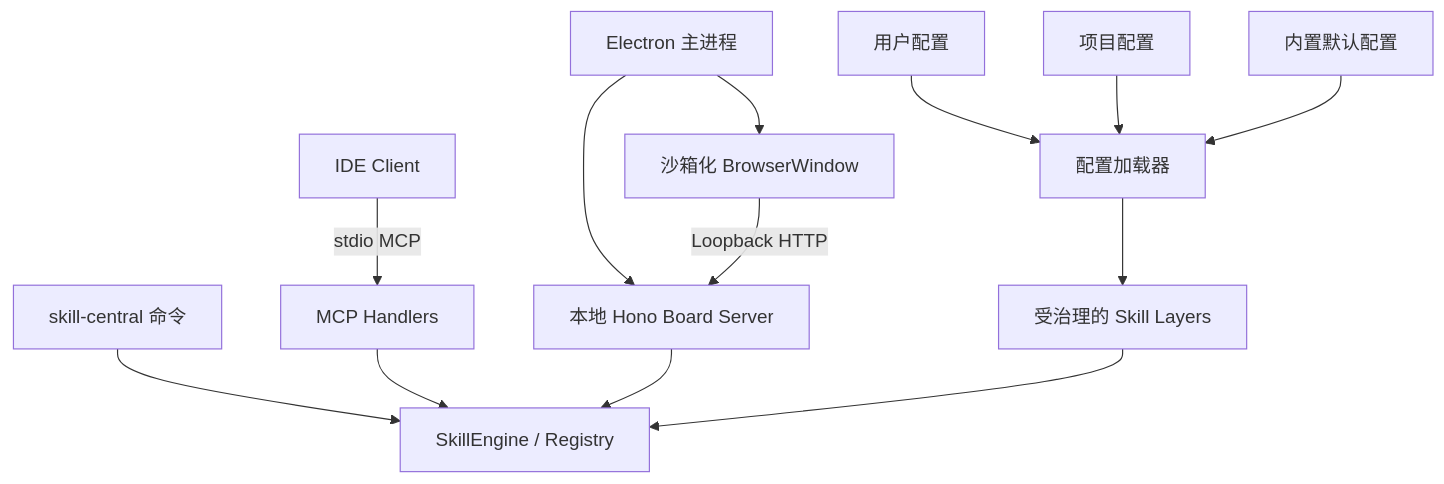
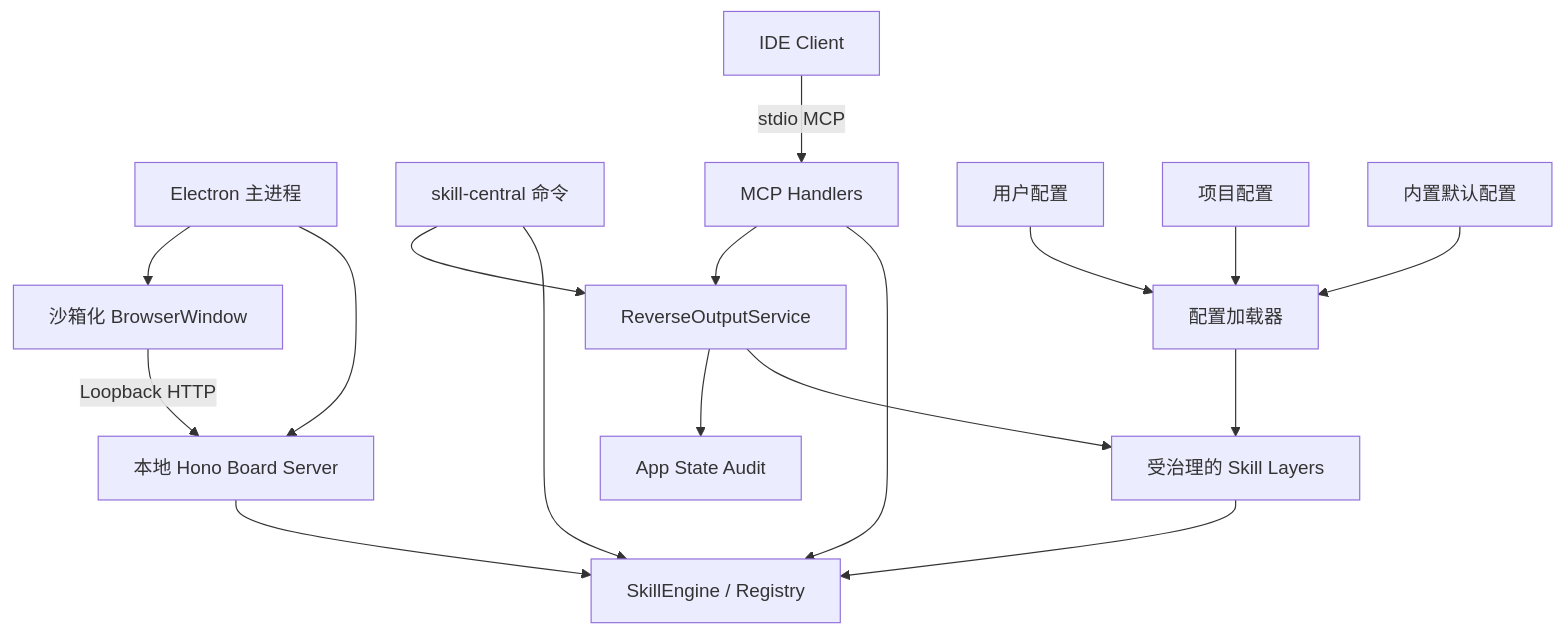
Before and after one commit to BobcGn/skill-central: the first of 5 diagrams in docs/ch/architecture.md, drawn with Mermaid. The commit also changed other lines of this file and 25 other files, not shown here.

Commit message:
feat(reverse-output): add IDE asset promotion MVP

````diff
--- a/docs/ch/architecture.md
+++ b/docs/ch/architecture.md
@@ -13,17 +13,21 @@
 ```mermaid
 flowchart TD
     Electron[Electron 主进程] --> Board[本地 Hono Board Server]
     Electron --> Window[沙箱化 BrowserWindow]
     Window -->|Loopback HTTP| Board
 
     CLI[skill-central 命令] --> Engine[SkillEngine / Registry]
     IDE[IDE Client] -->|stdio MCP| MCP[MCP Handlers]
     MCP --> Engine
+    MCP --> Reverse[ReverseOutputService]
+    CLI --> Reverse
+    Reverse --> Layers
+    Reverse --> Audit[App State Audit]
     Board --> Engine
 
     Global[用户配置] --> Config[配置加载器]
     Project[项目配置] --> Config
     Defaults[内置默认配置] --> Config
     Config --> Layers[受治理的 Skill Layers]
     Layers --> Engine
 ```
````
